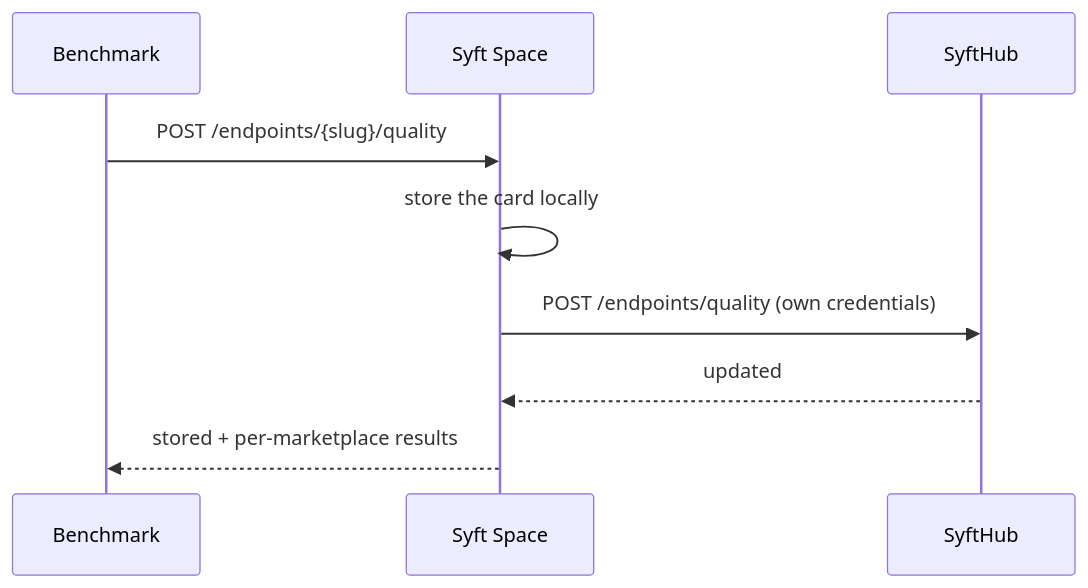
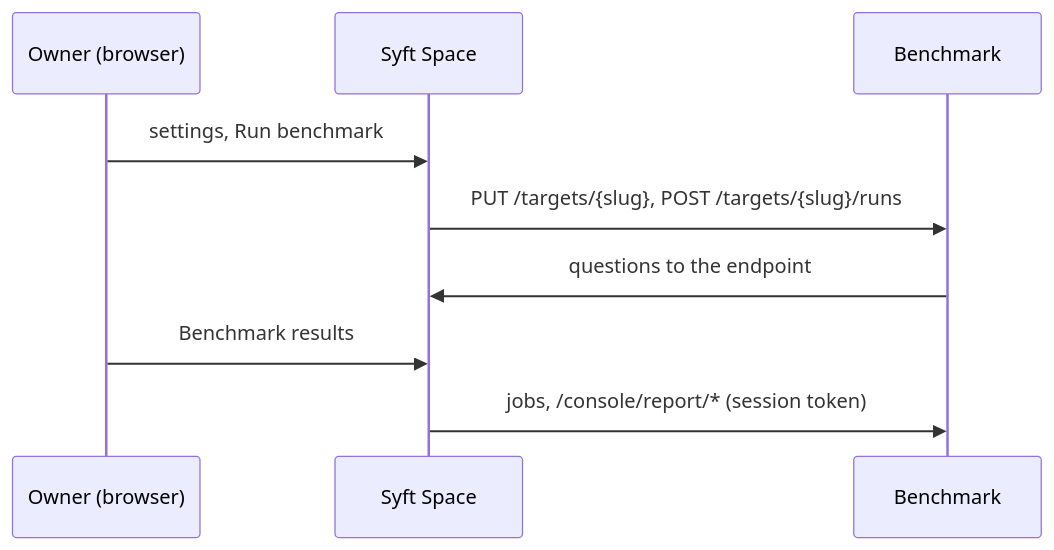
Before and after one commit to OpenMined/syft-space: the diagram in packages/spaces/backend/docs/benchmarks.md, drawn with Mermaid. The commit also changed other lines of this file and 176 other files, not shown here.

Commit message:
feat(benchmark): search cap per answer and spending cap settings, search logged for every round and repeat, articles shuffled per cohort so every article is covered

````diff
--- a/packages/spaces/backend/docs/benchmarks.md
+++ b/packages/spaces/backend/docs/benchmarks.md
@@ -9,11 +9,11 @@
 ```mermaid
 sequenceDiagram
+    participant U as Owner (browser)
+    participant S as Syft Space
     participant B as Benchmark
-    participant S as Syft Space
-    participant H as SyftHub
-    B->>S: POST /endpoints/{slug}/quality
-    S->>S: store the card locally
-    S->>H: POST /endpoints/quality (own credentials)
-    H-->>S: updated
-    S-->>B: stored + per-marketplace results
+    U->>S: settings, Run benchmark
+    S->>B: PUT /targets/{slug}, POST /targets/{slug}/runs
+    B->>S: questions to the endpoint
+    U->>S: Benchmark results
+    S->>B: jobs, /console/report/* (session token)
 ```
````
